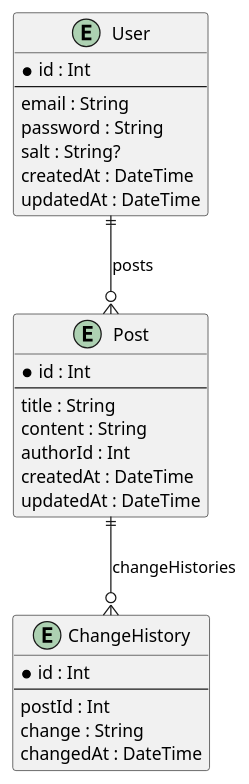
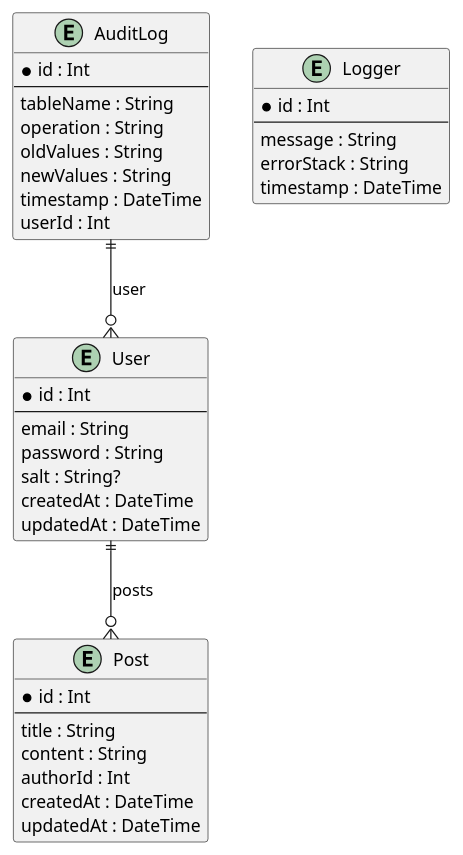
Before and after one commit to loshaless/Prisma-Express-Typescript: the diagram in prisma/erd.puml, drawn with PlantUML.

Commit message:
update puml

```diff
--- a/prisma/erd.puml
+++ b/prisma/erd.puml
@@ -1,34 +1,44 @@
 @startuml
 
 entity User {
   *id : Int
   --
   email : String
   password : String
   salt : String?
   createdAt : DateTime
   updatedAt : DateTime
 }
 
 entity Post {
   *id : Int
   --
   title : String
   content : String
   authorId : Int
   createdAt : DateTime
   updatedAt : DateTime
 }
 
-entity ChangeHistory {
+entity AuditLog {
   *id : Int
   --
-  postId : Int
-  change : String
-  changedAt : DateTime
+  tableName : String
+  operation : String
+  oldValues : String
+  newValues : String
+  timestamp : DateTime
+  userId : Int
+}
+
+entity Logger {
+  *id : Int
+  --
+  message : String
+  errorStack : String
+  timestamp : DateTime
 }
 
 User ||--o{ Post : "posts"
-Post ||--o{ ChangeHistory : "changeHistories"
-
+AuditLog ||--o{ User : "user"
 @enduml
```
